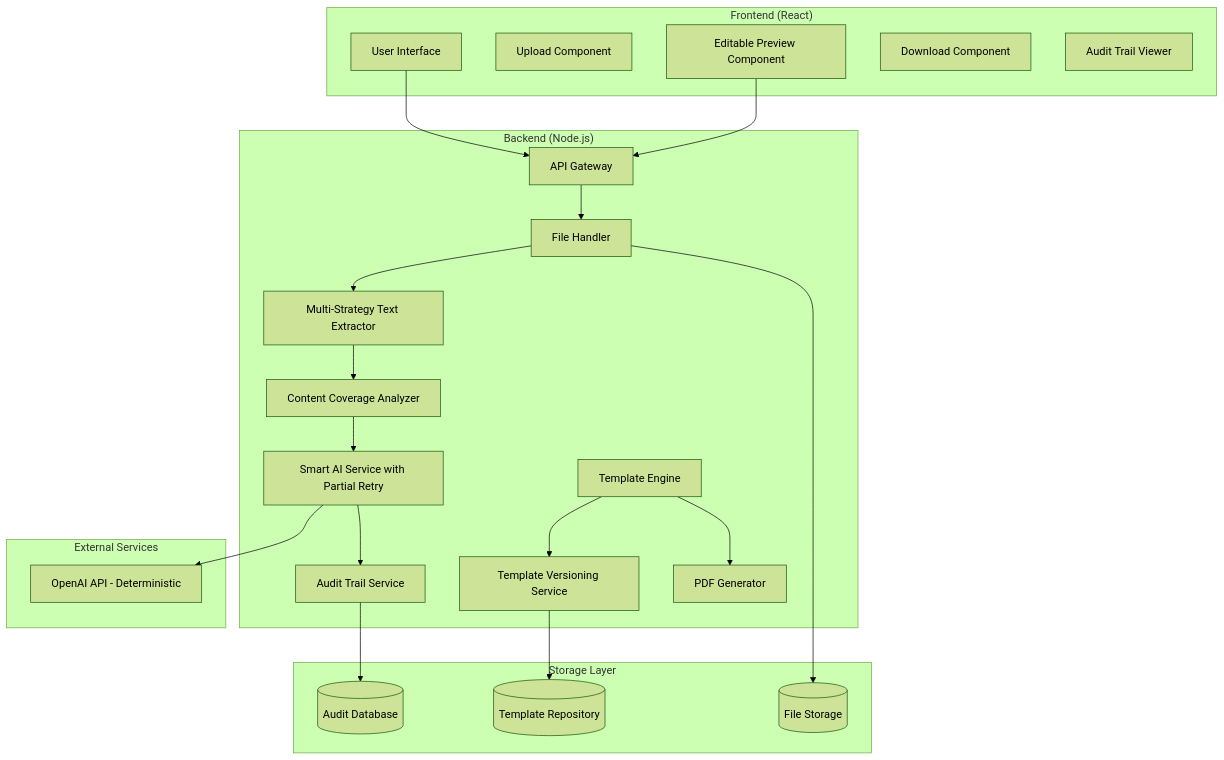
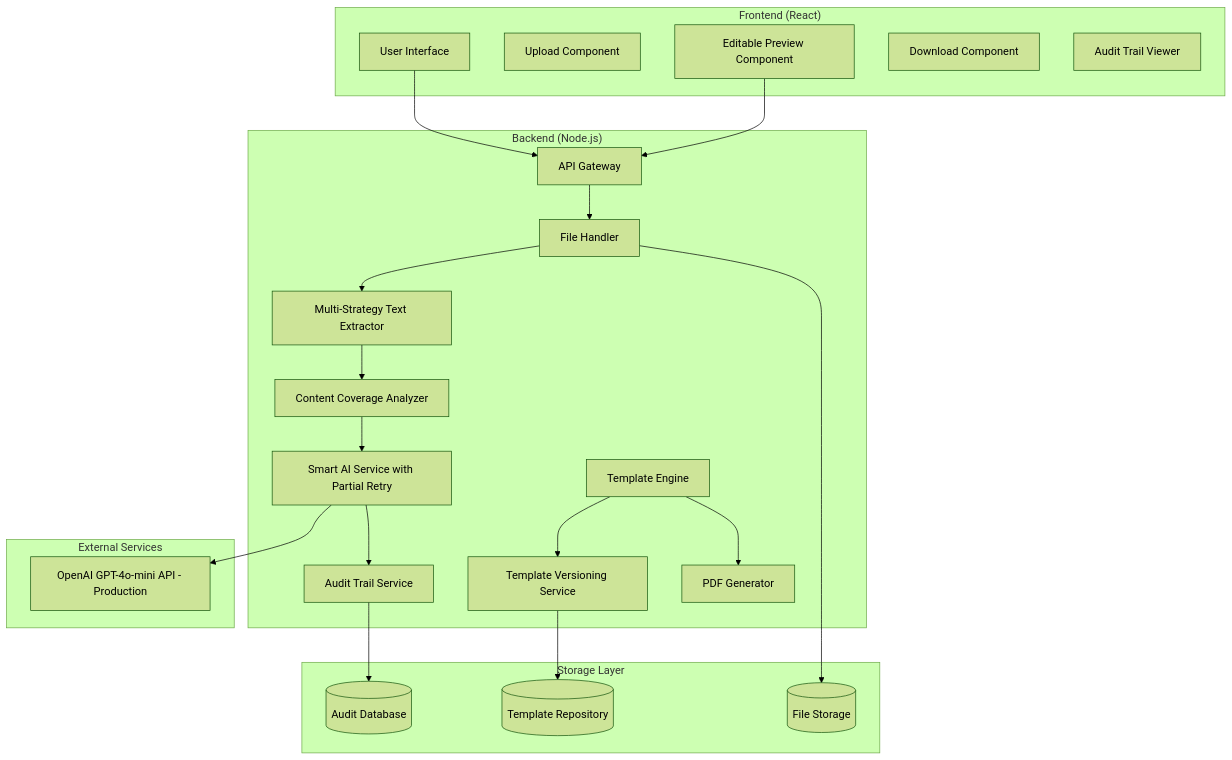
One commit to Liorka67/matrix-cv-formatter changed the first of 3 diagrams in .kiro/specs/cv-matrix-converter/design.md. Above: the diagram before and after it, drawn with Mermaid (forest theme). The commit also changed other lines of this file and 14 other files, not shown here.

````diff
--- a/.kiro/specs/cv-matrix-converter/design.md
+++ b/.kiro/specs/cv-matrix-converter/design.md
@@ -23,46 +22,46 @@
 ```mermaid
 graph TB
     subgraph "Frontend (React)"
         UI[User Interface]
         Upload[Upload Component]
         EditablePreview[Editable Preview Component]
         Download[Download Component]
         AuditViewer[Audit Trail Viewer]
     end
     
     subgraph "Backend (Node.js)"
         API[API Gateway]
         FileHandler[File Handler]
         MultiExtractor[Multi-Strategy Text Extractor]
         ContentAnalyzer[Content Coverage Analyzer]
         SmartAI[Smart AI Service with Partial Retry]
         AuditService[Audit Trail Service]
         TemplateVersioning[Template Versioning Service]
         TemplateEngine[Template Engine]
         PDFGenerator[PDF Generator]
     end
     
     subgraph "Storage Layer"
         AuditDB[(Audit Database)]
         TemplateRepo[(Template Repository)]
         FileStorage[(File Storage)]
     end
     
     subgraph "External Services"
-        OpenAI[OpenAI API - Deterministic]
+        OpenAI[OpenAI GPT-4o-mini API - Production]
     end
     
     UI --> API
     API --> FileHandler
     FileHandler --> MultiExtractor
     MultiExtractor --> ContentAnalyzer
     ContentAnalyzer --> SmartAI
     SmartAI --> OpenAI
     SmartAI --> AuditService
     AuditService --> AuditDB
     TemplateVersioning --> TemplateRepo
     TemplateEngine --> TemplateVersioning
     TemplateEngine --> PDFGenerator
     FileHandler --> FileStorage
     EditablePreview --> API
 ```
````
